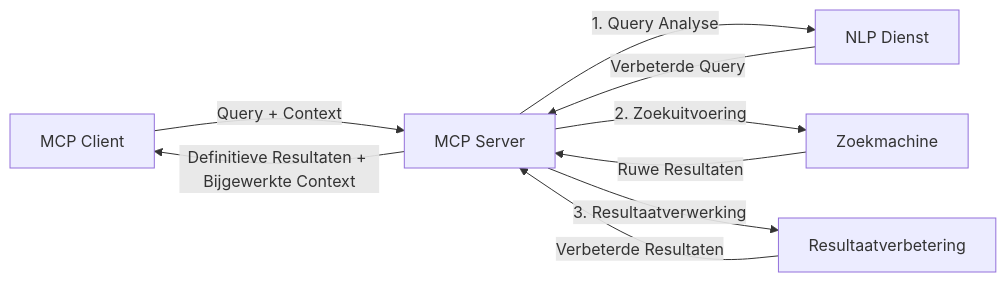
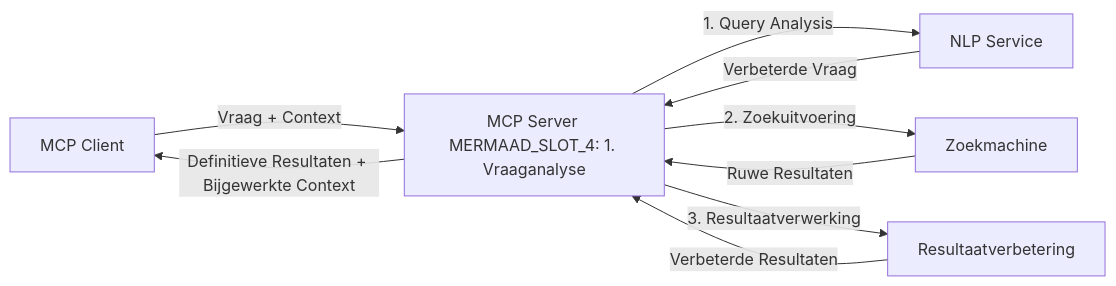
Before and after one commit to microsoft/mcp-for-beginners: the fourth of 4 diagrams in translations/nl/05-AdvancedTopics/mcp-realtimesearch/README.md, drawn with Mermaid. The commit also changed other lines of this file and 139 other files, not shown here.

````diff
--- a/translations/nl/05-AdvancedTopics/mcp-realtimesearch/README.md
+++ b/translations/nl/05-AdvancedTopics/mcp-realtimesearch/README.md
@@ -626,11 +628,11 @@
 ```mermaid
 graph LR
-    Client[MCP Client] --> |Query + Context| Server[MCP Server]
-    Server --> |1. Query Analyse| NLP[NLP Dienst]
-    NLP --> |Verbeterde Query| Server
+    Client[MCP Client] --> |Vraag + Context| Server[MCP Server MERMAAD_SLOT_4: 1. Vraaganalyse]
+    Server --> |1. Query Analysis| NLP[NLP Service]
+    NLP --> |Verbeterde Vraag| Server
     Server --> |2. Zoekuitvoering| Search[Zoekmachine]
     Search --> |Ruwe Resultaten| Server
     Server --> |3. Resultaatverwerking| Enhancement[Resultaatverbetering]
     Enhancement --> |Verbeterde Resultaten| Server
     Server --> |Definitieve Resultaten + Bijgewerkte Context| Client
 ```
````
